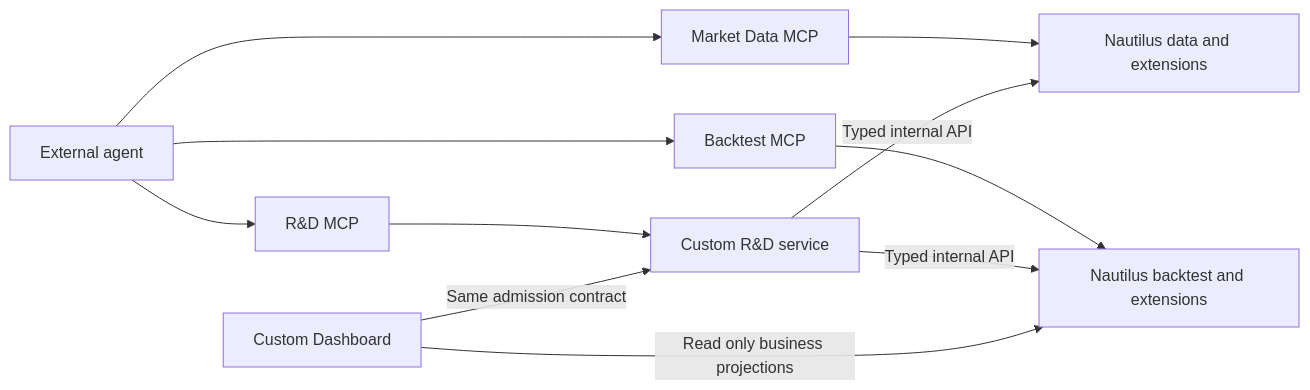
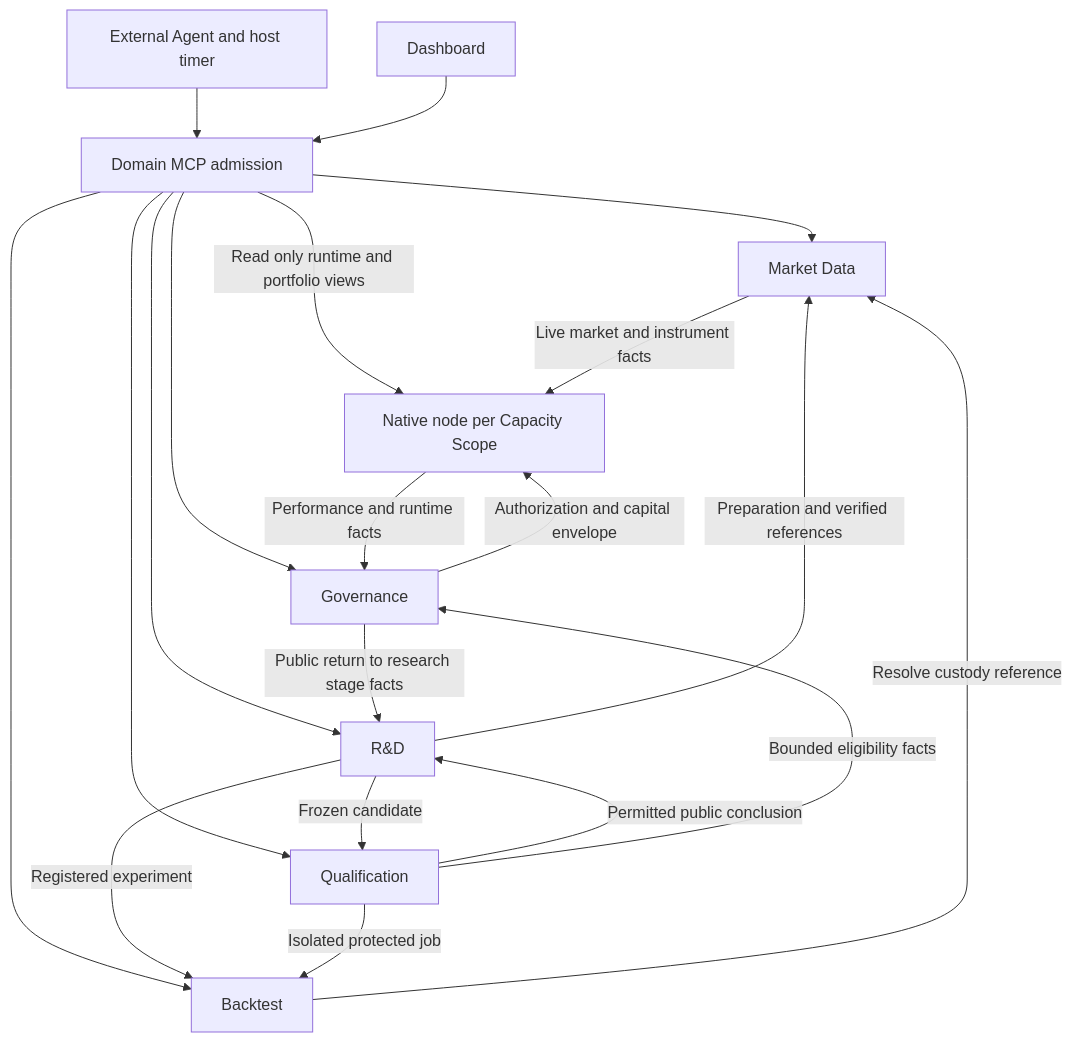
The diagram in docs/architecture/index.md (qOeOp/trade), drawn with Mermaid before and after one commit. The commit also changed other lines of this file and 24 other files, not shown here.

Commit message:
docs(architecture): unify services and replay research stories

````diff
--- a/docs/architecture/index.md
+++ b/docs/architecture/index.md
@@ -10,13 +18,22 @@
 ```mermaid
-flowchart LR
-    Agent[External agent] --> MD[Market Data MCP]
-    Agent --> BT[Backtest MCP]
-    Agent --> RD[R&D MCP]
-    MD --> Data[Nautilus data and extensions]
-    BT --> Backtest[Nautilus backtest and extensions]
-    RD --> Research[Custom R&D service]
-    Research -->|Typed internal API| Data
-    Research -->|Typed internal API| Backtest
-    Dashboard[Custom Dashboard] -->|Same admission contract| Research
-    Dashboard -->|Read only business projections| Backtest
+flowchart TB
+    Agent[External Agent and host timer] --> Edge[Domain MCP admission]
+    UI[Dashboard] --> Edge
+    Edge --> MD[Market Data]
+    Edge --> BT[Backtest]
+    Edge --> RD[R&D]
+    Edge --> Q[Qualification]
+    Edge --> G[Governance]
+    Edge -->|Read only runtime and portfolio views| N[Native node per Capacity Scope]
+    RD -->|Preparation and verified references| MD
+    RD -->|Registered experiment| BT
+    Q -->|Isolated protected job| BT
+    BT -->|Resolve custody reference| MD
+    RD -->|Frozen candidate| Q
+    Q -->|Permitted public conclusion| RD
+    Q -->|Bounded eligibility facts| G
+    N -->|Performance and runtime facts| G
+    MD -->|Live market and instrument facts| N
+    G -->|Authorization and capital envelope| N
+    G -->|Public return to research stage facts| RD
 ```
````
